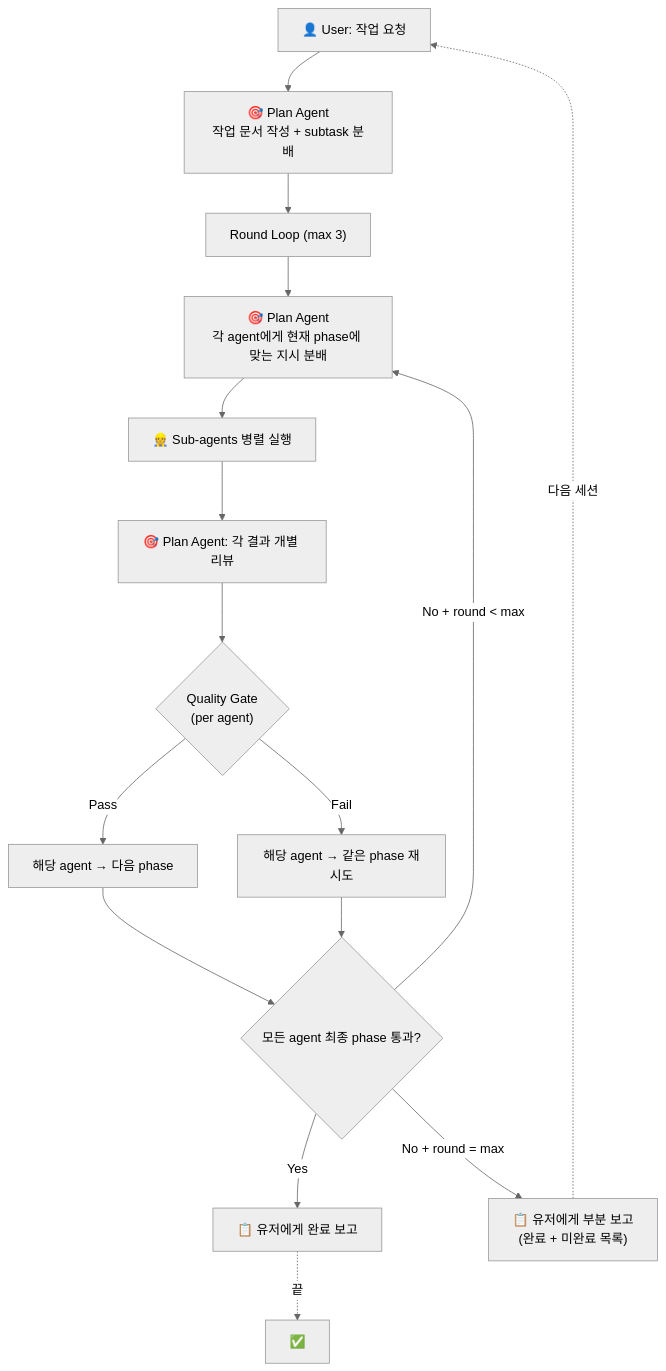
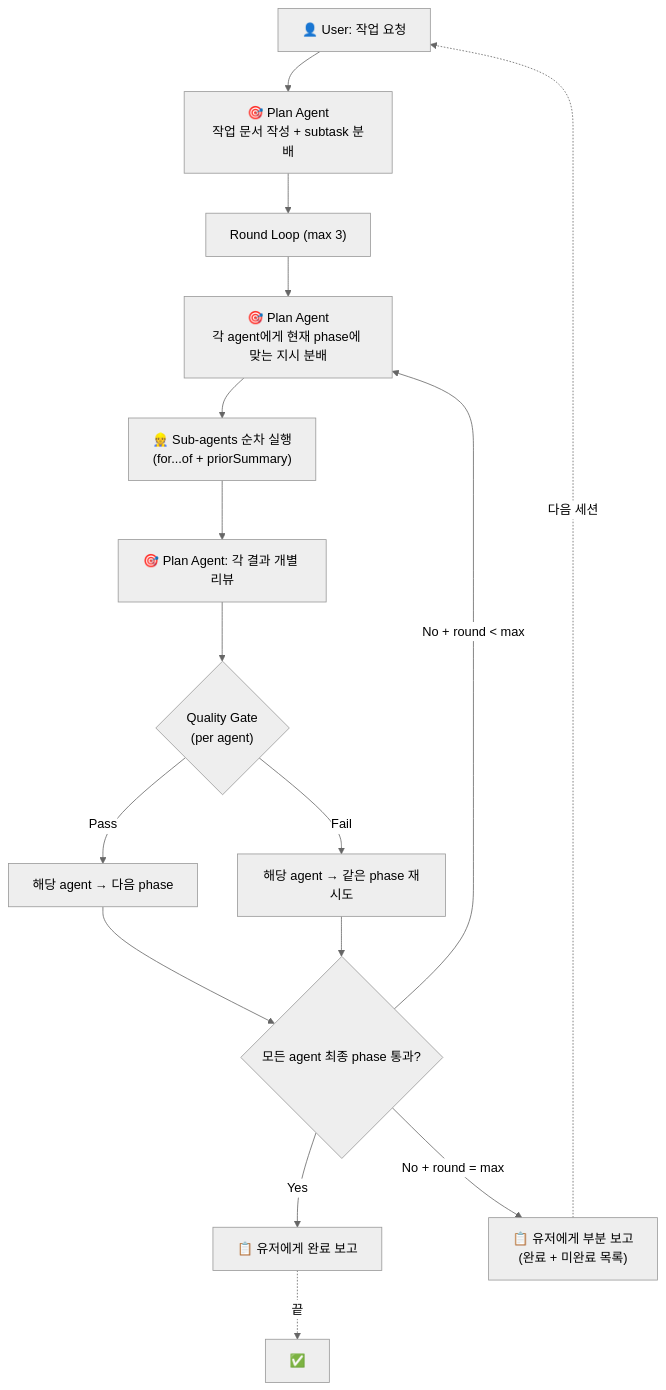
One commit to lidge-jun/cli-jaw changed the first of 2 diagrams in devlog/260224_orch/workflow_v2.md. Above: the diagram before and after it, drawn with Mermaid (neutral theme). The commit also changed other lines of this file and 6 other files, not shown here.

````diff
--- a/devlog/260224_orch/workflow_v2.md
+++ b/devlog/260224_orch/workflow_v2.md
@@ -42,23 +42,23 @@
 ```mermaid
 graph TD
     U["👤 User: 작업 요청"] --> PA["🎯 Plan Agent<br/>작업 문서 작성 + subtask 분배"]
 
     PA --> R["Round Loop (max 3)"]
 
     R --> DIST["🎯 Plan Agent<br/>각 agent에게 현재 phase에 맞는 지시 분배"]
-    DIST --> SA["👷 Sub-agents 병렬 실행"]
+    DIST --> SA["👷 Sub-agents 순차 실행<br/>(for...of + priorSummary)"]
     SA --> REVIEW["🎯 Plan Agent: 각 결과 개별 리뷰"]
 
     REVIEW --> GATE{"Quality Gate<br/>(per agent)"}
     GATE -->|"Pass"| NEXT["해당 agent → 다음 phase"]
     GATE -->|"Fail"| RETRY["해당 agent → 같은 phase 재시도"]
 
     NEXT --> CHECK{"모든 agent 최종 phase 통과?"}
     RETRY --> CHECK
     CHECK -->|"No + round < max"| DIST
     CHECK -->|"Yes"| DONE["📋 유저에게 완료 보고"]
     CHECK -->|"No + round = max"| PARTIAL["📋 유저에게 부분 보고<br/>(완료 + 미완료 목록)"]
 
     DONE -.->|"끝"| END["✅"]
     PARTIAL -.->|"다음 세션"| U
 ```
````
